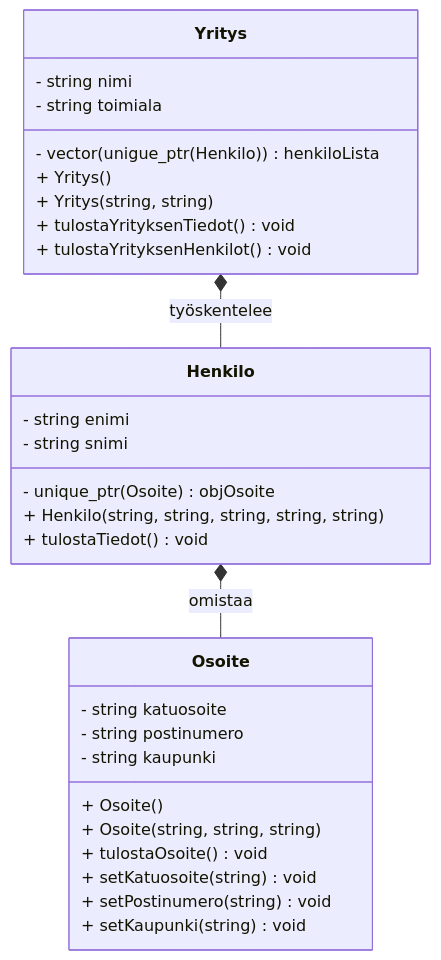
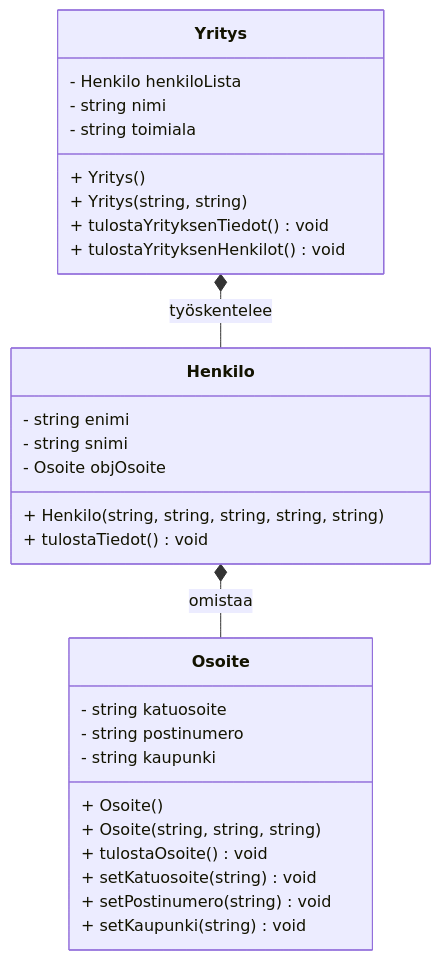
One commit to alaluuk/oliokurssin-esimerkit changed the diagram in h4t4/README.md. Above: the diagram before and after it, drawn with Mermaid.

Commit message:
tehtävä 44 diagrammi muokattu

````diff
--- a/h4t4/README.md
+++ b/h4t4/README.md
@@ -5,33 +5,33 @@
 ```mermaid
 classDiagram
 class Osoite{
     - string katuosoite
     - string postinumero
     - string kaupunki
     + Osoite()
     + Osoite(string, string, string )
     + tulostaOsoite() void
     + setKatuosoite(string) void 
     + setPostinumero(string) void 
     + setKaupunki(string) void 
 }
 class Henkilo{
     - string enimi
     - string snimi
-    - unique_ptr(Osoite) objOsoite
+    - Osoite objOsoite
     + Henkilo(string, string, string, string, string)
     + tulostaTiedot() void
 }
 class Yritys{
-    - vector(unigue_ptr(Henkilo)) henkiloLista
+    - Henkilo henkiloLista
     - string nimi
     - string toimiala
     + Yritys()
     + Yritys(string, string)
     + tulostaYrityksenTiedot() void
     + tulostaYrityksenHenkilot() void
 }
 Yritys *-- Henkilo : työskentelee
 Henkilo *-- Osoite: omistaa
 
 ```
````
